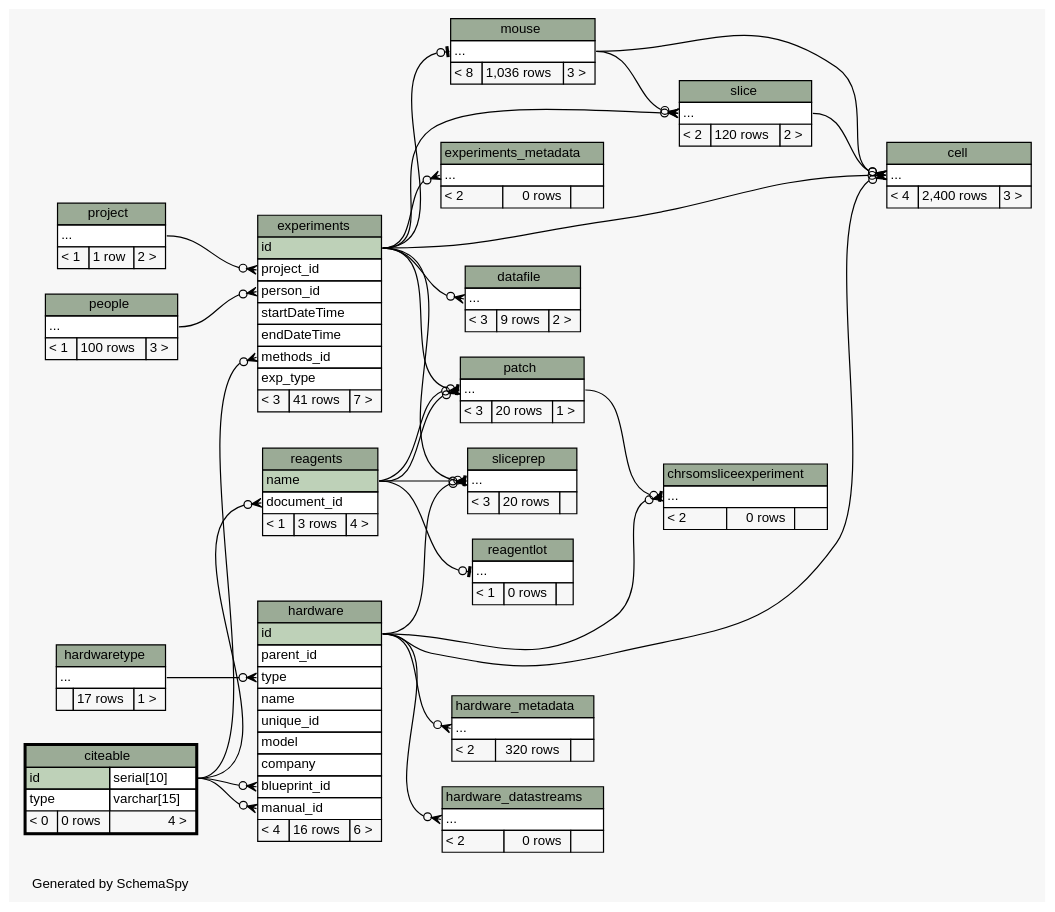
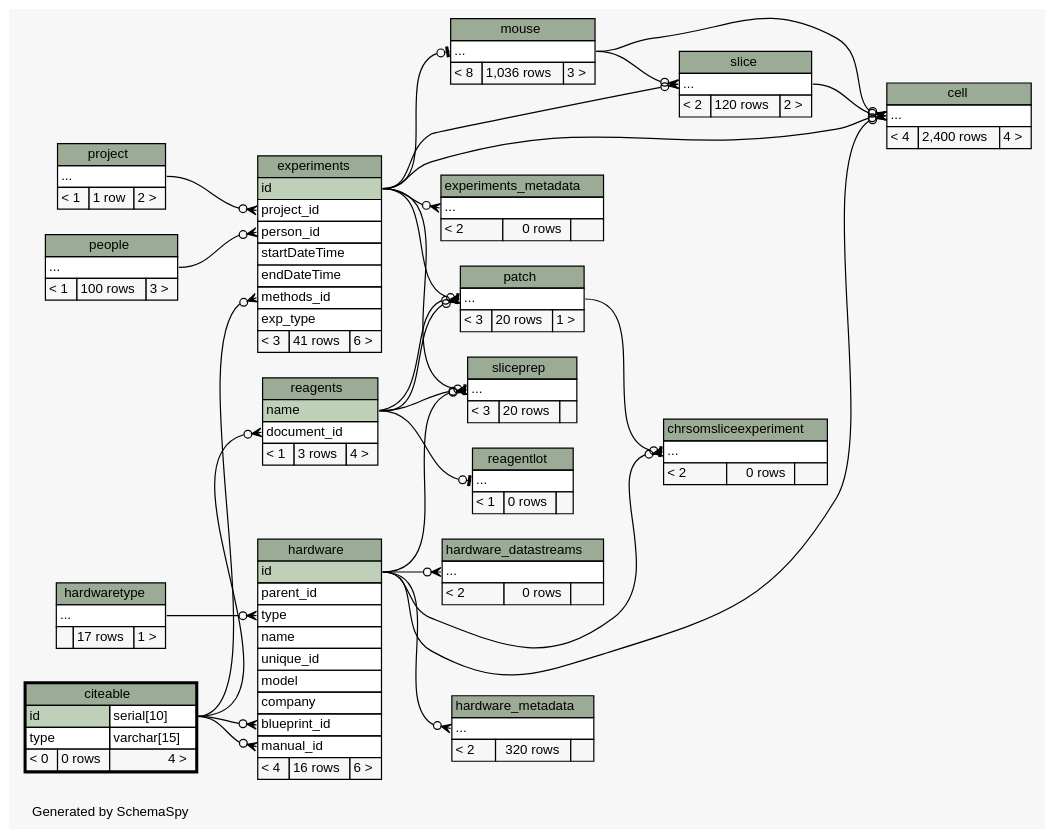
The diagram in database/ss/diagrams/citeable.2degrees.dot (tgbugs/mlab), drawn with Graphviz before and after one commit. The commit also changed 187 other files, not shown here.

```diff
--- a/database/ss/diagrams/citeable.2degrees.dot
+++ b/database/ss/diagrams/citeable.2degrees.dot
@@ -25,7 +25,6 @@
   "cell":"elipses":w -> "slice":"elipses":e [arrowhead=none dir=back arrowtail=crowodot];
   "chrsomsliceexperiment":"elipses":w -> "patch":"elipses":e [arrowhead=none dir=back arrowtail=teeodot];
   "chrsomsliceexperiment":"elipses":w -> "hardware":"id":e [arrowhead=none dir=back arrowtail=crowodot];
-  "datafile":"elipses":w -> "experiments":"id":e [arrowhead=none dir=back arrowtail=crowodot];
   "experiments":"methods_id":w -> "citeable":"id.type":e [arrowhead=none dir=back arrowtail=crowodot];
   "experiments":"person_id":w -> "people":"elipses":e [arrowhead=none dir=back arrowtail=crowodot];
   "experiments":"project_id":w -> "project":"elipses":e [arrowhead=none dir=back arrowtail=crowodot];
@@ -51,7 +50,7 @@
     <TABLE BORDER="0" CELLBORDER="1" CELLSPACING="0" BGCOLOR="#ffffff">
       <TR><TD COLSPAN="3" BGCOLOR="#9bab96" ALIGN="CENTER">cell</TD></TR>
       <TR><TD PORT="elipses" COLSPAN="3" ALIGN="LEFT">...</TD></TR>
-      <TR><TD ALIGN="LEFT" BGCOLOR="#f7f7f7">&lt; 4</TD><TD ALIGN="RIGHT" BGCOLOR="#f7f7f7">2,400 rows</TD><TD ALIGN="RIGHT" BGCOLOR="#f7f7f7">3 &gt;</TD></TR>
+      <TR><TD ALIGN="LEFT" BGCOLOR="#f7f7f7">&lt; 4</TD><TD ALIGN="RIGHT" BGCOLOR="#f7f7f7">2,400 rows</TD><TD ALIGN="RIGHT" BGCOLOR="#f7f7f7">4 &gt;</TD></TR>
     </TABLE>>
     URL="cell.html"
     tooltip="cell"
@@ -77,16 +76,6 @@
     URL="citeable.html"
     tooltip="citeable"
   ];
-  "datafile" [
-    label=<
-    <TABLE BORDER="0" CELLBORDER="1" CELLSPACING="0" BGCOLOR="#ffffff">
-      <TR><TD COLSPAN="3" BGCOLOR="#9bab96" ALIGN="CENTER">datafile</TD></TR>
-      <TR><TD PORT="elipses" COLSPAN="3" ALIGN="LEFT">...</TD></TR>
-      <TR><TD ALIGN="LEFT" BGCOLOR="#f7f7f7">&lt; 3</TD><TD ALIGN="RIGHT" BGCOLOR="#f7f7f7">9 rows</TD><TD ALIGN="RIGHT" BGCOLOR="#f7f7f7">2 &gt;</TD></TR>
-    </TABLE>>
-    URL="datafile.html"
-    tooltip="datafile"
-  ];
   "experiments" [
     label=<
     <TABLE BORDER="0" CELLBORDER="1" CELLSPACING="0" BGCOLOR="#ffffff">
@@ -98,7 +87,7 @@
       <TR><TD PORT="endDateTime" COLSPAN="3" ALIGN="LEFT">endDateTime</TD></TR>
       <TR><TD PORT="methods_id" COLSPAN="3" ALIGN="LEFT">methods_id</TD></TR>
       <TR><TD PORT="exp_type" COLSPAN="3" ALIGN="LEFT">exp_type</TD></TR>
-      <TR><TD ALIGN="LEFT" BGCOLOR="#f7f7f7">&lt; 3</TD><TD ALIGN="RIGHT" BGCOLOR="#f7f7f7">41 rows</TD><TD ALIGN="RIGHT" BGCOLOR="#f7f7f7">7 &gt;</TD></TR>
+      <TR><TD ALIGN="LEFT" BGCOLOR="#f7f7f7">&lt; 3</TD><TD ALIGN="RIGHT" BGCOLOR="#f7f7f7">41 rows</TD><TD ALIGN="RIGHT" BGCOLOR="#f7f7f7">6 &gt;</TD></TR>
     </TABLE>>
     URL="experiments.html"
     tooltip="experiments"
```
